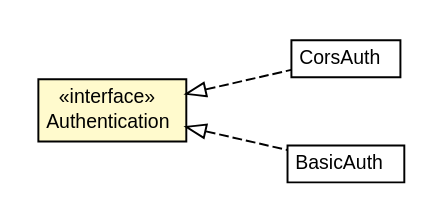
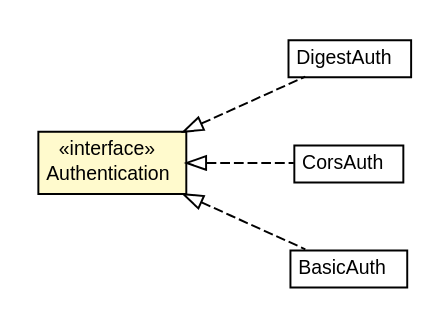
Before and after one commit to reinert/requestor: the diagram in latest/javadoc/apidocs/io/reinert/requestor/auth/Authentication.dot, drawn with Graphviz. The commit also changed 535 other files, not shown here.

```diff
--- a/latest/javadoc/apidocs/io/reinert/requestor/auth/Authentication.dot
+++ b/latest/javadoc/apidocs/io/reinert/requestor/auth/Authentication.dot
@@ -1,36 +1,44 @@
 #!/usr/local/bin/dot
 #
 # Class diagram 
 # Generated by UMLGraph version R5_6-24-gf6e263 (http://www.umlgraph.org/)
 #
 
 digraph G {
 	edge [fontname="arial",fontsize=10,labelfontname="arial",labelfontsize=10];
 	node [fontname="arial",fontsize=10,shape=plaintext];
 	nodesep=0.25;
 	ranksep=0.5;
 	rankdir=LR;
+	// io.reinert.requestor.auth.DigestAuth
+	c2108 [label=<<table title="io.reinert.requestor.auth.DigestAuth" border="0" cellborder="1" cellspacing="0" cellpadding="2" port="p" href="./DigestAuth.html">
+		<tr><td><table border="0" cellspacing="0" cellpadding="1">
+<tr><td align="center" balign="center"> DigestAuth </td></tr>
+		</table></td></tr>
+		</table>>, URL="./DigestAuth.html", fontname="arial", fontcolor="black", fontsize=10.0];
 	// io.reinert.requestor.auth.CorsAuth
-	c1920 [label=<<table title="io.reinert.requestor.auth.CorsAuth" border="0" cellborder="1" cellspacing="0" cellpadding="2" port="p" href="./CorsAuth.html">
+	c2109 [label=<<table title="io.reinert.requestor.auth.CorsAuth" border="0" cellborder="1" cellspacing="0" cellpadding="2" port="p" href="./CorsAuth.html">
 		<tr><td><table border="0" cellspacing="0" cellpadding="1">
 <tr><td align="center" balign="center"> CorsAuth </td></tr>
 		</table></td></tr>
 		</table>>, URL="./CorsAuth.html", fontname="arial", fontcolor="black", fontsize=10.0];
 	// io.reinert.requestor.auth.BasicAuth
-	c1921 [label=<<table title="io.reinert.requestor.auth.BasicAuth" border="0" cellborder="1" cellspacing="0" cellpadding="2" port="p" href="./BasicAuth.html">
+	c2110 [label=<<table title="io.reinert.requestor.auth.BasicAuth" border="0" cellborder="1" cellspacing="0" cellpadding="2" port="p" href="./BasicAuth.html">
 		<tr><td><table border="0" cellspacing="0" cellpadding="1">
 <tr><td align="center" balign="center"> BasicAuth </td></tr>
 		</table></td></tr>
 		</table>>, URL="./BasicAuth.html", fontname="arial", fontcolor="black", fontsize=10.0];
 	// io.reinert.requestor.auth.Authentication
-	c1922 [label=<<table title="io.reinert.requestor.auth.Authentication" border="0" cellborder="1" cellspacing="0" cellpadding="2" port="p" bgcolor="lemonChiffon" href="./Authentication.html">
+	c2112 [label=<<table title="io.reinert.requestor.auth.Authentication" border="0" cellborder="1" cellspacing="0" cellpadding="2" port="p" bgcolor="lemonChiffon" href="./Authentication.html">
 		<tr><td><table border="0" cellspacing="0" cellpadding="1">
 <tr><td align="center" balign="center"> &#171;interface&#187; </td></tr>
 <tr><td align="center" balign="center"> Authentication </td></tr>
 		</table></td></tr>
 		</table>>, URL="./Authentication.html", fontname="arial", fontcolor="black", fontsize=10.0];
+	//io.reinert.requestor.auth.DigestAuth implements io.reinert.requestor.auth.Authentication
+	c2112:p -> c2108:p [dir=back,arrowtail=empty,style=dashed];
 	//io.reinert.requestor.auth.CorsAuth implements io.reinert.requestor.auth.Authentication
-	c1922:p -> c1920:p [dir=back,arrowtail=empty,style=dashed];
+	c2112:p -> c2109:p [dir=back,arrowtail=empty,style=dashed];
 	//io.reinert.requestor.auth.BasicAuth implements io.reinert.requestor.auth.Authentication
-	c1922:p -> c1921:p [dir=back,arrowtail=empty,style=dashed];
+	c2112:p -> c2110:p [dir=back,arrowtail=empty,style=dashed];
 }
```
